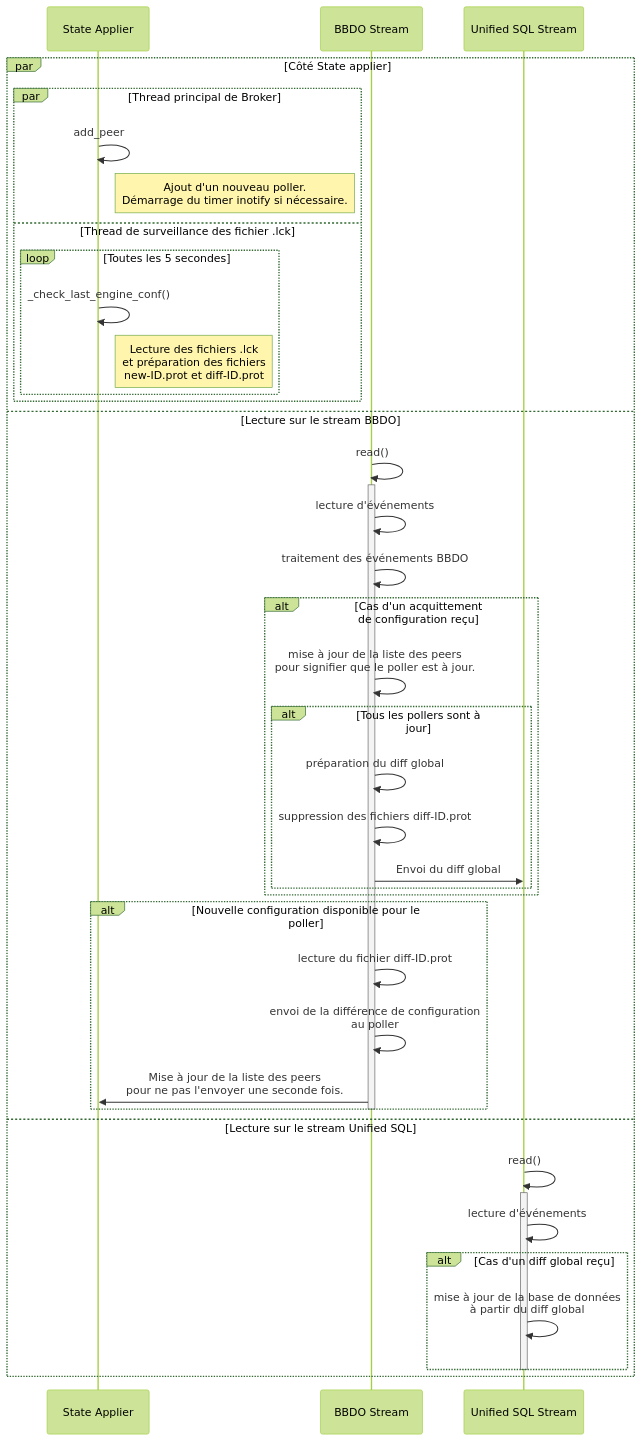
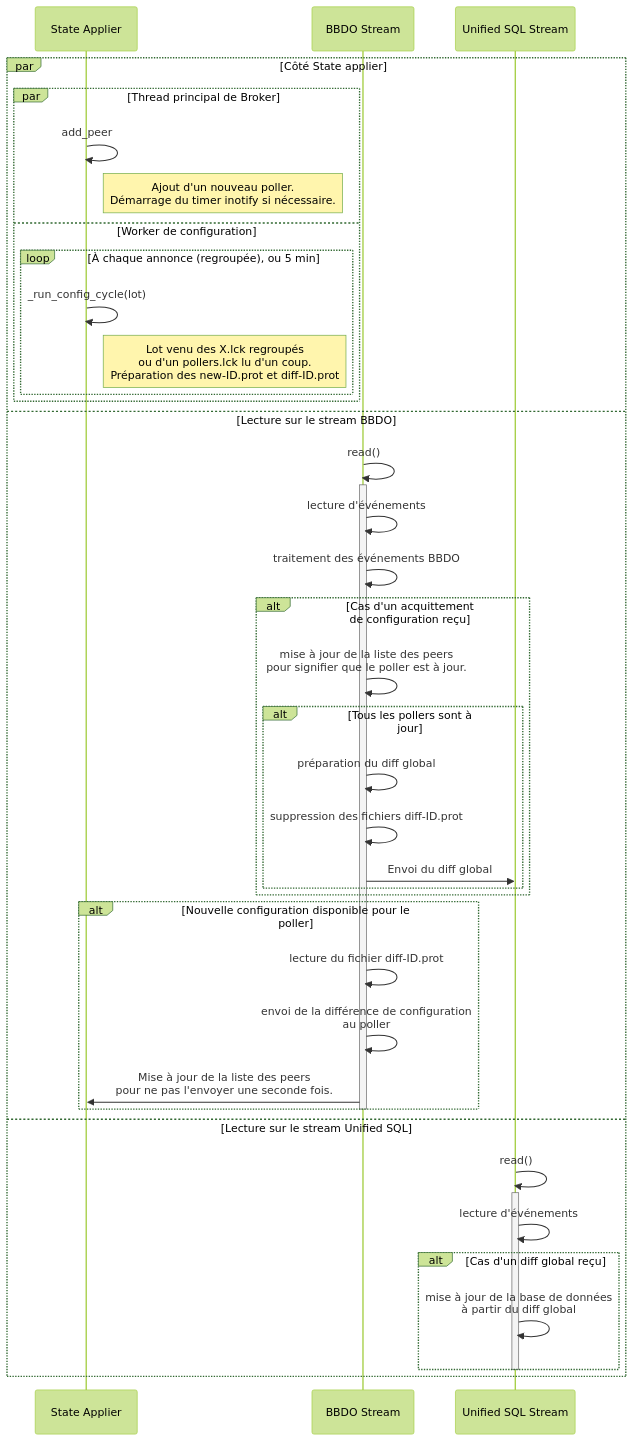
One commit to centreon/centreon-collect changed diagram 17 of 43 in doc/nego-engine-broker-fr.md. Above: the diagram before and after it, drawn with Mermaid (forest theme). The commit also changed other lines of this file and 4 other files, not shown here.

First line of the commit message:
enh(broker): engine conf watcher code simplified

````diff
--- a/doc/nego-engine-broker-fr.md
+++ b/doc/nego-engine-broker-fr.md
@@ -1938,45 +1984,45 @@
 ```mermaid
 sequenceDiagram
 participant S as State Applier
 participant BBDO as BBDO Stream
 participant USQL as Unified SQL Stream
 
 par Côté State applier
     par Thread principal de Broker
     S ->> S: add_peer
     note right of S: Ajout d'un nouveau poller.<br/>Démarrage du timer inotify si nécessaire.
-    and Thread de surveillance des fichier .lck
-        loop Toutes les 5 secondes
-            S ->> S: _check_last_engine_conf()
-            note right of S: Lecture des fichiers .lck<br/>et préparation des fichiers<br/>new-ID.prot et diff-ID.prot
+    and Worker de configuration
+        loop À chaque annonce (regroupée), ou 5 min
+            S ->> S: _run_config_cycle(lot)
+            note right of S: Lot venu des X.lck regroupés<br/>ou d'un pollers.lck lu d'un coup.<br/>Préparation des new-ID.prot et diff-ID.prot
         end
     end
 and Lecture sur le stream BBDO
     BBDO ->> BBDO: read()
     activate BBDO
     BBDO ->> BBDO: lecture d'événements
     BBDO ->> BBDO: traitement des événements BBDO
     alt Cas d'un acquittement de configuration reçu
         BBDO ->> BBDO: mise à jour de la liste des peers<br/>pour signifier que le poller est à jour.
         alt Tous les pollers sont à jour
             BBDO ->> BBDO: préparation du diff global
             BBDO ->> BBDO: suppression des fichiers diff-ID.prot
             BBDO ->> USQL: Envoi du diff global
         end
     end
     alt Nouvelle configuration disponible pour le poller
     BBDO ->> BBDO: lecture du fichier diff-ID.prot
     BBDO ->> BBDO: envoi de la différence de configuration<br/>au poller
     BBDO ->> S: Mise à jour de la liste des peers<br/>pour ne pas l'envoyer une seconde fois.
     end
     deactivate BBDO
 and Lecture sur le stream Unified SQL
     USQL ->> USQL: read()
     activate USQL
     USQL ->> USQL: lecture d'événements
     alt Cas d'un diff global reçu
         USQL ->> USQL: mise à jour de la base de données<br/>à partir du diff global
     end
     deactivate USQL
 end
 ```
````
